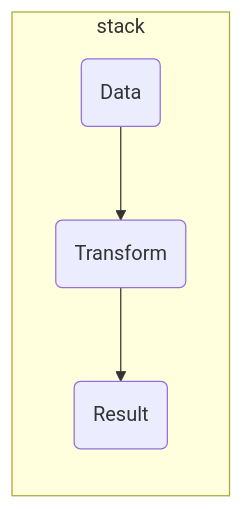
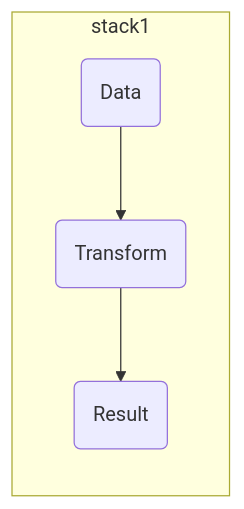
Before and after one commit to BristolMyersSquibb/useR2024: the fifth of 6 diagrams in index.qmd, drawn with Mermaid. The commit also changed other lines of this file and 2 other files, not shown here.

````diff
--- a/index.qmd
+++ b/index.qmd
@@ -275,11 +318,11 @@
 ```{mermaid}
 %%| mermaid-format: svg
 flowchart TD
-  subgraph stack
+  subgraph stack1
     direction TB
     input(Data);
     transform(Transform);
     output(Result);
     input --> transform --> output;
   end
 ```
````
